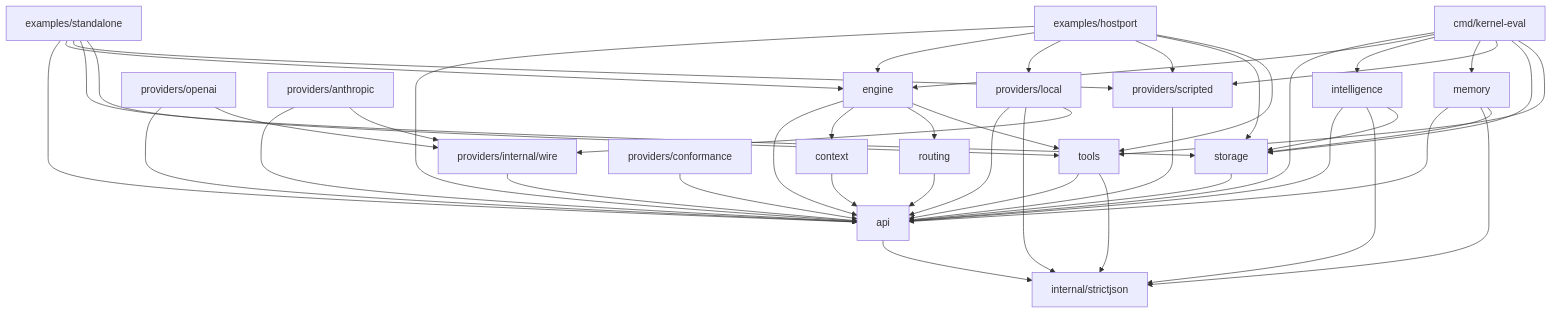
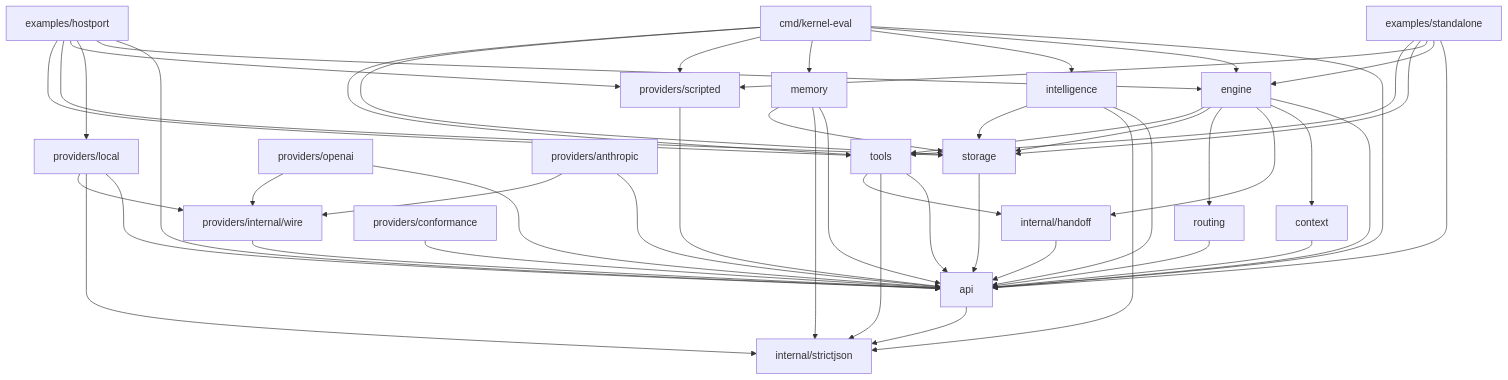
The second of 3 diagrams in agentkernel/docs/architecture.md (bogdaniel/zenchron-engineering), drawn with Mermaid before and after one commit. The commit also changed other lines of this file and 57 other files, not shown here.

````diff
--- a/agentkernel/docs/architecture.md
+++ b/agentkernel/docs/architecture.md
@@ -59,48 +64,52 @@
 ```mermaid
 flowchart TD
   strictjson["internal/strictjson"]
+  handoff["internal/handoff"] --> api
   api["api"] --> strictjson
   context["context"] --> api
   routing["routing"] --> api
   tools["tools"] --> api
   tools --> strictjson
+  tools --> handoff
   storage["storage"] --> api
   memory["memory"] --> api
   memory --> strictjson
   memory --> storage
   intelligence["intelligence"] --> api
   intelligence --> strictjson
   intelligence --> storage
   engine["engine"] --> api
   engine --> context
+  engine --> handoff
   engine --> routing
+  engine --> storage
   engine --> tools
   wire["providers/internal/wire"] --> api
   openai["providers/openai"] --> api
   openai --> wire
   anthropic["providers/anthropic"] --> api
   anthropic --> wire
   local["providers/local"] --> api
   local --> strictjson
   local --> wire
   scripted["providers/scripted"] --> api
   conformance["providers/conformance"] --> api
   standalone["examples/standalone"] --> api
   standalone --> engine
   standalone --> scripted
   standalone --> storage
   standalone --> tools
   hostport["examples/hostport"] --> api
   hostport --> engine
   hostport --> local
   hostport --> scripted
   hostport --> storage
   hostport --> tools
   keval["cmd/kernel-eval"] --> api
   keval --> engine
   keval --> intelligence
   keval --> memory
   keval --> scripted
   keval --> storage
   keval --> tools
 ```
````
